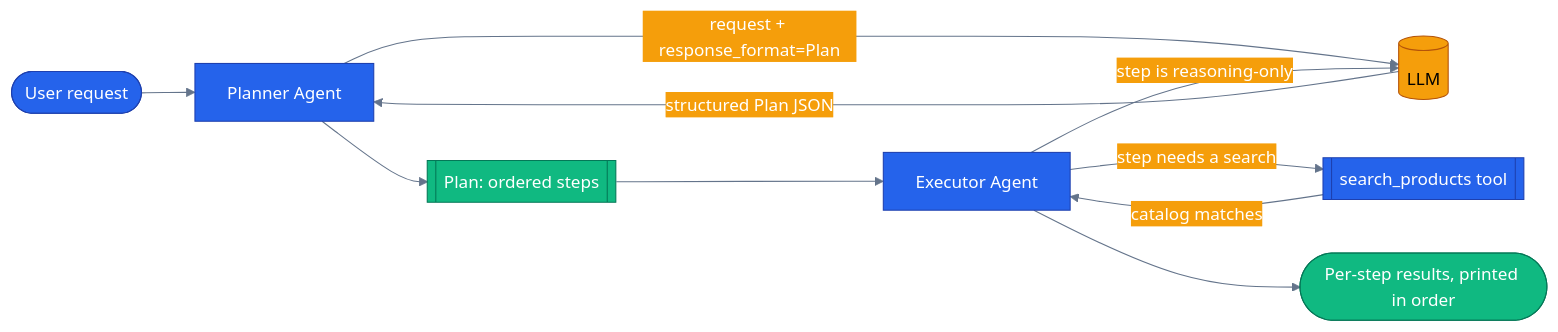
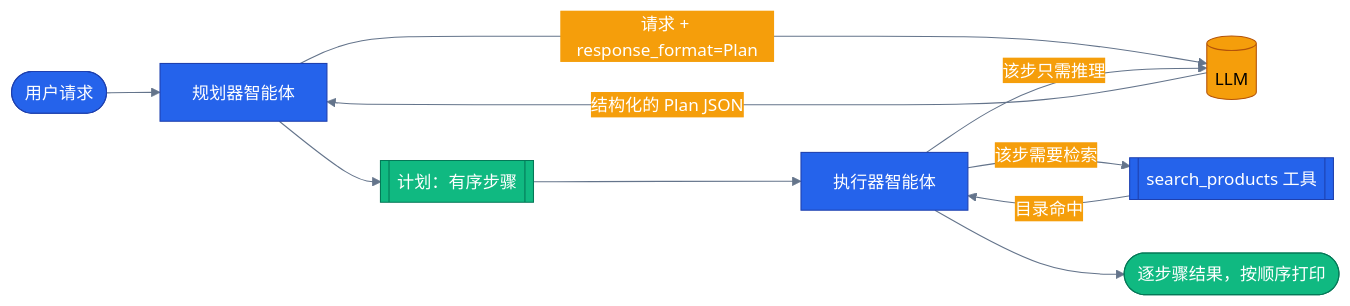
One commit to s1encisi/reliable-commerce-agents changed the diagram in tutorials/29-planner-executor/README.md. Above: the diagram before and after it, drawn with Mermaid. The commit also changed other lines of this file and 1033 other files, not shown here.

````diff
--- a/tutorials/29-planner-executor/README.md
+++ b/tutorials/29-planner-executor/README.md
@@ -54,29 +28,29 @@
 ```mermaid
 %%{init: {'theme':'base', 'themeVariables': {
   'primaryColor': '#2563eb','primaryTextColor': '#ffffff','primaryBorderColor': '#1e40af',
   'lineColor': '#64748b','secondaryColor': '#f59e0b','tertiaryColor': '#10b981',
   'background': 'transparent'}}}%%
 flowchart LR
   classDef core     fill:#2563eb,stroke:#1e40af,color:#ffffff
   classDef external fill:#f59e0b,stroke:#b45309,color:#000000
   classDef success  fill:#10b981,stroke:#047857,color:#ffffff
   classDef infra    fill:#64748b,stroke:#334155,color:#ffffff
 
-  user([User request]) --> planner[Planner Agent]
-  planner -- "request + response_format=Plan" --> llm[(LLM)]
-  llm -- "structured Plan JSON" --> planner
-  planner --> plan[[Plan: ordered steps]]
-  plan --> executor[Executor Agent]
-  executor -- "step needs a search" --> tool[[search_products tool]]
-  tool -- "catalog matches" --> executor
-  executor -- "step is reasoning-only" --> llm
-  executor --> results([Per-step results, printed in order])
+  user([用户请求]) --> planner[规划器智能体]
+  planner -- "请求 + response_format=Plan" --> llm[(LLM)]
+  llm -- "结构化的 Plan JSON" --> planner
+  planner --> plan[[计划：有序步骤]]
+  plan --> executor[执行器智能体]
+  executor -- "该步需要检索" --> tool[[search_products 工具]]
+  tool -- "目录命中" --> executor
+  executor -- "该步只需推理" --> llm
+  executor --> results([逐步骤结果，按顺序打印])
 
   class user core
   class planner core
   class executor core
   class llm external
   class tool core
   class plan success
   class results success
 ```
````
